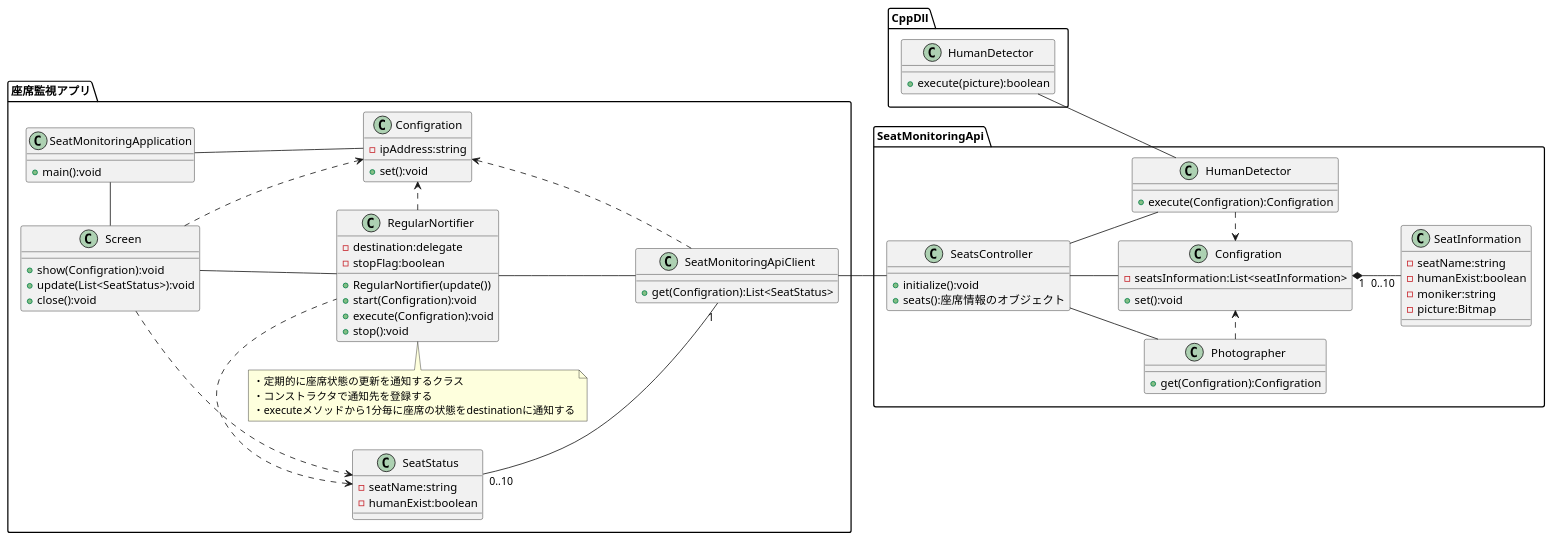
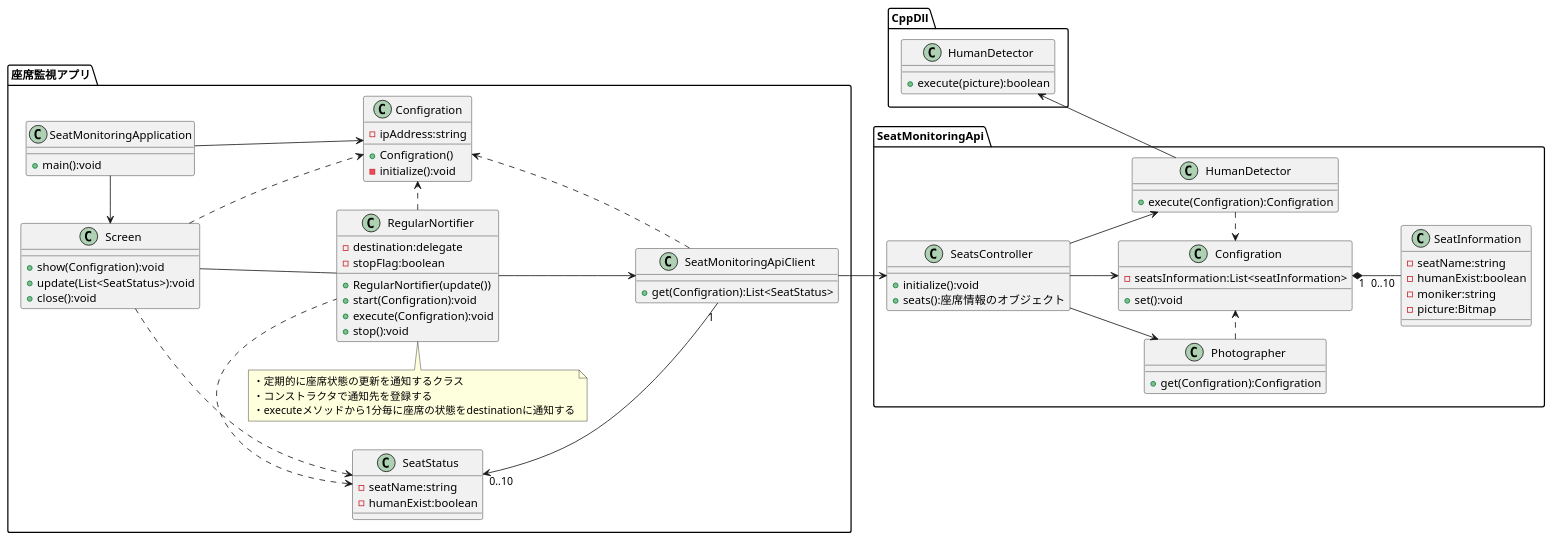
Before and after one commit to KeisukeSugita/Seat-monitoring-system: the diagram in doc/詳細設計/構成図(.pu)/クラス図.pu, drawn with PlantUML.

Commit message:
関連の矢印追加

```diff
--- a/doc/詳細設計/構成図(.pu)/クラス図.pu
+++ b/doc/詳細設計/構成図(.pu)/クラス図.pu
@@ -1,96 +1,97 @@
 @startuml クラス図
 left to right direction
 
 package 座席監視アプリ {
     class "SeatMonitoringApplication" as SeatMonitoringApplication {
         + main():void
     }
 
     class "Configration" as ClientConfigration {
 		- ipAddress:string
-        + set():void
+        + Configration()
+        - initialize():void
     }
 
 	class "Screen" as Screen {
         + show(Configration):void
         + update(List<SeatStatus>):void
 		+ close():void
     }
 
     class "SeatMonitoringApiClient" as SeatMonitoringApiClient {
         + get(Configration):List<SeatStatus>
     }
 
     class "RegularNortifier" as RegularNortifier {
         - destination:delegate
         - stopFlag:boolean
         + RegularNortifier(update())
         + start(Configration):void
         + execute(Configration):void
         + stop():void
     }
         note top of RegularNortifier
             ・定期的に座席状態の更新を通知するクラス
             ・コンストラクタで通知先を登録する
             ・executeメソッドから1分毎に座席の状態をdestinationに通知する
         end note
 
     class "SeatStatus" as SeatStatus {
         - seatName:string
         - humanExist:boolean
     }
 }
 
 package SeatMonitoringApi {
     class "SeatsController" as SeatsController {
         + initialize():void
         + seats():座席情報のオブジェクト
     }
     
     class "Configration" as ServerConfigration {
         - seatsInformation:List<seatInformation>
         + set():void
     }
 
     class "Photographer" as Photographer {
         + get(Configration):Configration
     }
     
     class "SeatInformation" as SeatInformation {
         - seatName:string
         - humanExist:boolean
         - moniker:string
         - picture:Bitmap
     }
     
     class "HumanDetector" as CsHumanDetector {
         + execute(Configration):Configration
     }
 }
 
 package CppDll {
     class "HumanDetector" as CppHumanDetector {
         + execute(picture):boolean
     }
 }
 
-SeatMonitoringApplication -- ClientConfigration
-SeatMonitoringApplication -left- Screen
+SeatMonitoringApplication -> ClientConfigration
+SeatMonitoringApplication -left-> Screen
 Screen -down- RegularNortifier
-RegularNortifier -down- SeatMonitoringApiClient
+RegularNortifier -down-> SeatMonitoringApiClient
 RegularNortifier .> ClientConfigration
 RegularNortifier .left.> SeatStatus
 Screen .> SeatStatus
 Screen .> ClientConfigration
 SeatMonitoringApiClient .left.> ClientConfigration
-SeatMonitoringApiClient "1"-left-"0..10" SeatStatus
-SeatMonitoringApiClient -- SeatsController
+SeatMonitoringApiClient "1"-left->"0..10" SeatStatus
+SeatMonitoringApiClient -down-> SeatsController
 ServerConfigration "1"*-down-"0..10" SeatInformation
-SeatsController -- ServerConfigration
-SeatsController -- Photographer
-SeatsController -- CsHumanDetector
-CppHumanDetector -- CsHumanDetector
+SeatsController -> ServerConfigration
+SeatsController --> Photographer
+SeatsController --> CsHumanDetector
+CppHumanDetector <-- CsHumanDetector
 Photographer .> ServerConfigration
 CsHumanDetector .> ServerConfigration
 
 @enduml
```
